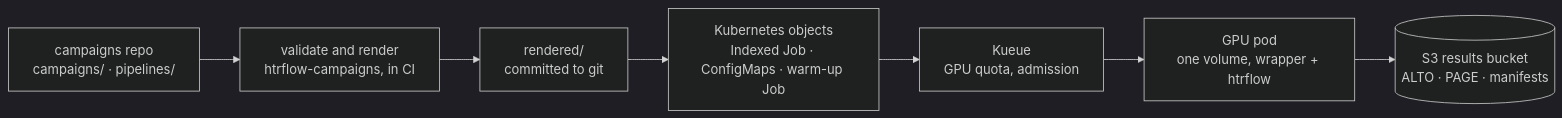
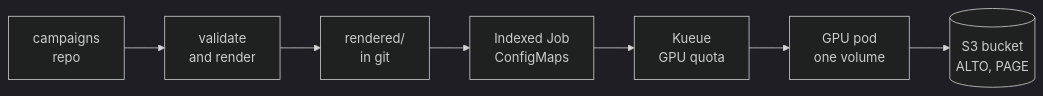
The first of 2 diagrams in docs/slides/htrflow-batch-for-htrflow-developers.md (AI-Riksarkivet/htrflow-batch), drawn with Mermaid (dark theme) before and after one commit. The commit also changed other lines of this file and 4 other files, not shown here.

First line of the commit message:
docs(slides): fit the deck to the page, and commit the rendered diagrams

````diff
--- a/docs/slides/htrflow-batch-for-htrflow-developers.md
+++ b/docs/slides/htrflow-batch-for-htrflow-developers.md
@@ -106,11 +108,11 @@
-```mermaid h:420
+```mermaid w:1124
 flowchart LR
-  G["campaigns repo<br/>campaigns/ · pipelines/"]
-  V["validate and render<br/>htrflow-campaigns, in CI"]
-  R["rendered/<br/>committed to git"]
-  K["Kubernetes objects<br/>Indexed Job · ConfigMaps · warm-up Job"]
-  Q["Kueue<br/>GPU quota, admission"]
-  P["GPU pod<br/>one volume, wrapper + htrflow"]
-  S[("S3 results bucket<br/>ALTO · PAGE · manifests")]
+  G["campaigns<br/>repo"]
+  V["validate<br/>and render"]
+  R["rendered/<br/>in git"]
+  K["Indexed Job<br/>ConfigMaps"]
+  Q["Kueue<br/>GPU quota"]
+  P["GPU pod<br/>one volume"]
+  S[("S3 bucket<br/>ALTO, PAGE")]
   G --> V --> R --> K --> Q --> P --> S
 ```
````
